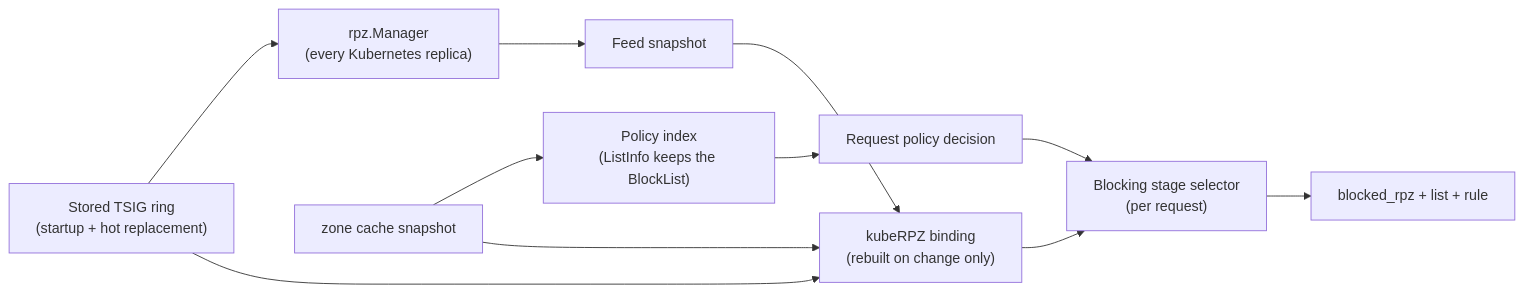
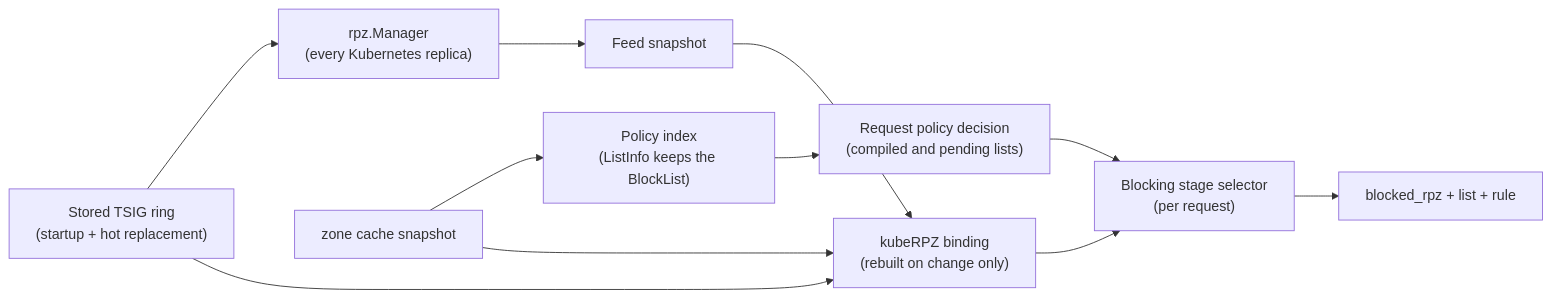
The ninth of 10 diagrams in docs/architecture/block-lists.md (robertherbaugh/kudurru), drawn with Mermaid before and after one commit. The commit also changed other lines of this file and 11 other files, not shown here.

````diff
--- a/docs/architecture/block-lists.md
+++ b/docs/architecture/block-lists.md
@@ -411,13 +412,13 @@
 ```mermaid
 flowchart LR
     KManager["rpz.Manager<br/>(every Kubernetes replica)"] --> KSnap["Feed snapshot"]
     Ring["Stored TSIG ring<br/>(startup + hot replacement)"] --> KManager
     Zc["zone cache snapshot"] --> Index["Policy index<br/>(ListInfo keeps the BlockList)"]
-    Index --> Decision["Request policy decision"]
+    Index --> Decision["Request policy decision<br/>(compiled and pending lists)"]
     KSnap --> Bind["kubeRPZ binding<br/>(rebuilt on change only)"]
     Ring --> Bind
     Zc --> Bind
     Decision --> KSelect["Blocking stage selector<br/>(per request)"]
     Bind --> KSelect
     KSelect --> KHit["blocked_rpz + list + rule"]
 ```
````
